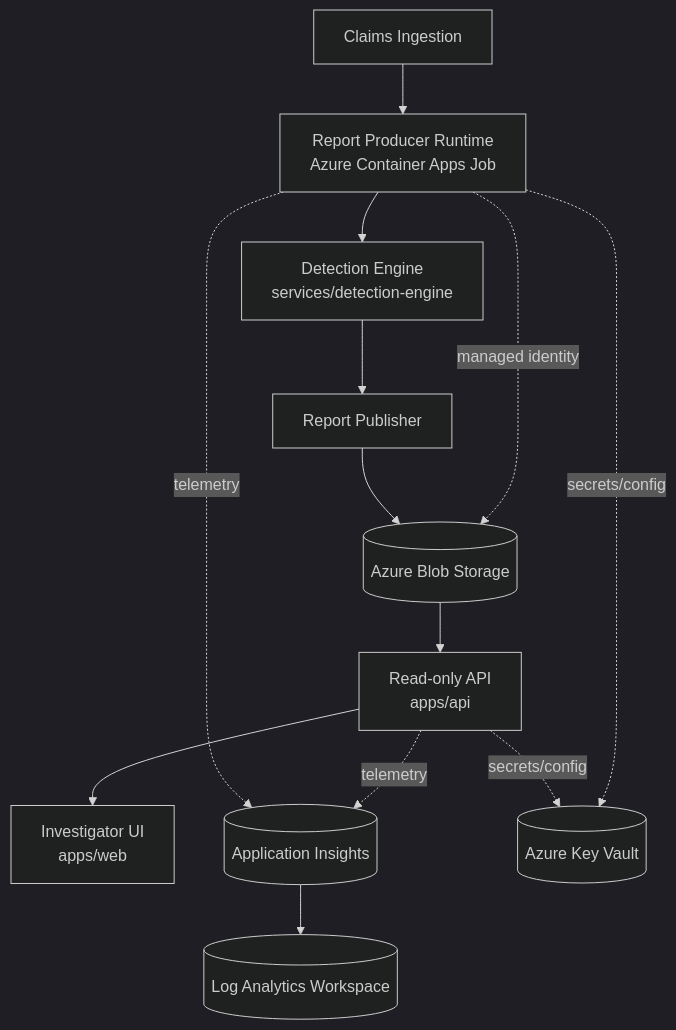
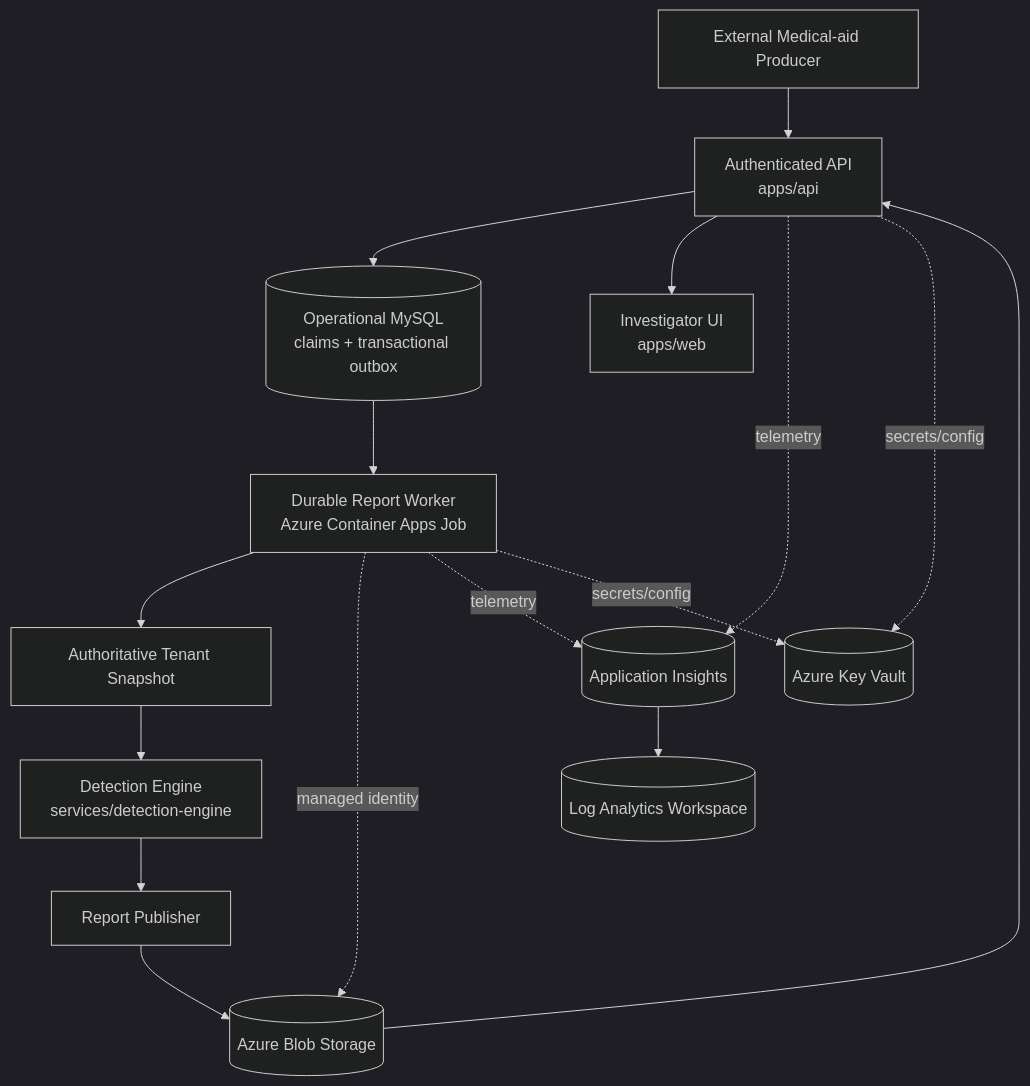
One commit to Sbusiso-Mdingi/ClaimGuard-Network changed the first of 2 diagrams in docs/azure-production-architecture.md. Above: the diagram before and after it, drawn with Mermaid (dark theme). The commit also changed other lines of this file and 172 other files, not shown here.

````diff
--- a/docs/azure-production-architecture.md
+++ b/docs/azure-production-architecture.md
@@ -16,16 +16,19 @@
 ```mermaid
 flowchart TD
-  Ingestion[Claims Ingestion] --> Producer[Report Producer Runtime\nAzure Container Apps Job]
-  Producer --> Engine[Detection Engine\nservices/detection-engine]
+  External[External Medical-aid Producer] --> API[Authenticated API\napps/api]
+  API --> Database[(Operational MySQL\nclaims + transactional outbox)]
+  Database --> Producer[Durable Report Worker\nAzure Container Apps Job]
+  Producer --> Snapshot[Authoritative Tenant Snapshot]
+  Snapshot --> Engine[Detection Engine\nservices/detection-engine]
   Engine --> Publisher[Report Publisher]
   Publisher --> Blob[(Azure Blob Storage)]
-  Blob --> API[Read-only API\napps/api]
   API --> UI[Investigator UI\napps/web]
+  Blob --> API
 
   Producer -. managed identity .-> Blob
   Producer -. telemetry .-> AppInsights[(Application Insights)]
   API -. telemetry .-> AppInsights
   AppInsights --> LogAnalytics[(Log Analytics Workspace)]
   API -. secrets/config .-> KeyVault[(Azure Key Vault)]
   Producer -. secrets/config .-> KeyVault
 ```
````
